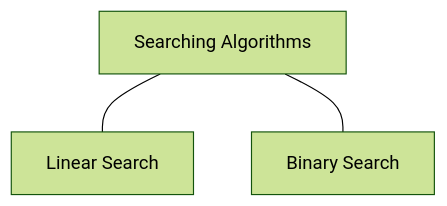
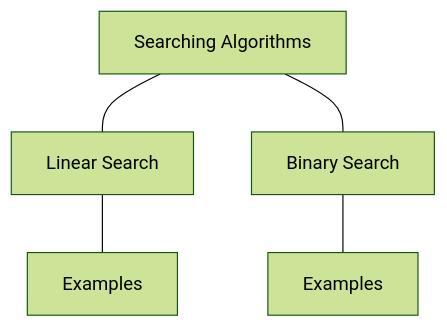
Before and after one commit to TheoDrHashiriya/mermaid: the diagram in search.md, drawn with Mermaid (forest theme). The commit also changed 1 other file, not shown here.

Commit message:
added more content

````diff
--- a/search.md
+++ b/search.md
@@ -1,8 +1,14 @@
 ```mermaid
 flowchart TB
 sa["Searching Algorithms"]
+
 ls["Linear Search"]
+lsx["Examples"]
+
 bs["Binary Search"]
+bsx["Examples"]
 
 sa---ls & bs
+ls---lsx
+bs---bsx
 ```
````
